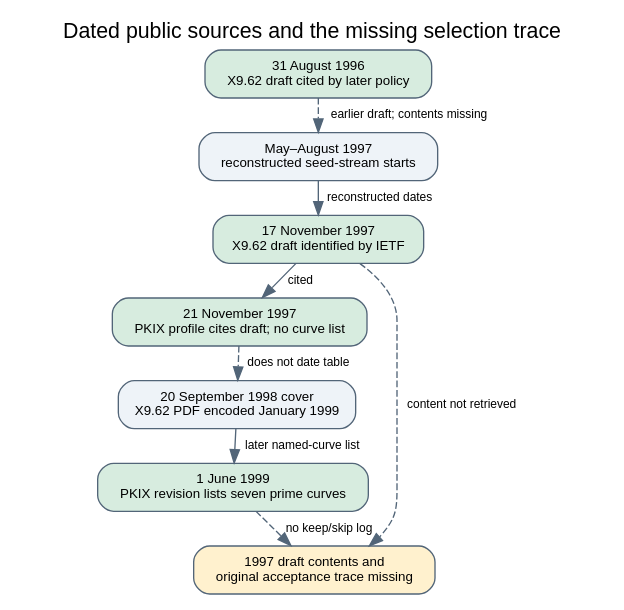
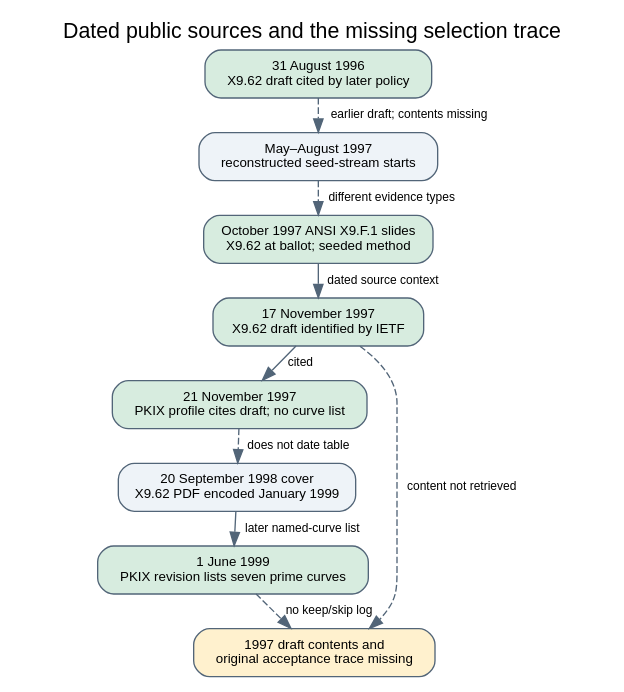
Before and after one commit to aburan28/crypto-autoresearcher: the diagram in research/nist_seed_1997_draft_archive_20261023/timeline.dot, drawn with Graphviz. The commit also changed 4 other files, not shown here.

Commit message:
Record October 1997 ANSI committee presentation

```diff
--- a/research/nist_seed_1997_draft_archive_20261023/timeline.dot
+++ b/research/nist_seed_1997_draft_archive_20261023/timeline.dot
@@ -1,19 +1,21 @@
 digraph G {
   graph [rankdir=TB, bgcolor="white", fontname="Helvetica", label="Dated public sources and the missing selection trace", labelloc=t, fontsize=16, nodesep=0.20, ranksep=0.22];
   node [shape=box, style="rounded,filled", fillcolor="#eef3f8", color="#526578", fontname="Helvetica", fontsize=10];
   edge [fontname="Helvetica", fontsize=9, color="#526578"];
   draft96 [label="31 August 1996\nX9.62 draft cited by later policy", fillcolor="#d7ecdf"];
   runs [label="May–August 1997\nreconstructed seed-stream starts"];
+  oct97 [label="October 1997 ANSI X9.F.1 slides\nX9.62 at ballot; seeded method", fillcolor="#d7ecdf"];
   draft [label="17 November 1997\nX9.62 draft identified by IETF", fillcolor="#d7ecdf"];
   pkix97 [label="21 November 1997\nPKIX profile cites draft; no curve list", fillcolor="#d7ecdf"];
   cover [label="20 September 1998 cover\nX9.62 PDF encoded January 1999"];
   pkix99 [label="1 June 1999\nPKIX revision lists seven prime curves", fillcolor="#d7ecdf"];
   missing [label="1997 draft contents and\noriginal acceptance trace missing", fillcolor="#fff1ce"];
   draft96 -> runs [style=dashed, label="earlier draft; contents missing"];
-  runs -> draft [label="reconstructed dates"];
+  runs -> oct97 [style=dashed, label="different evidence types"];
+  oct97 -> draft [label="dated source context"];
   draft -> pkix97 [label="cited"];
   pkix97 -> cover [style=dashed, label="does not date table"];
   cover -> pkix99 [label="later named-curve list"];
   draft -> missing [style=dashed, label="content not retrieved"];
   pkix99 -> missing [style=dashed, label="no keep/skip log"];
 }
```
